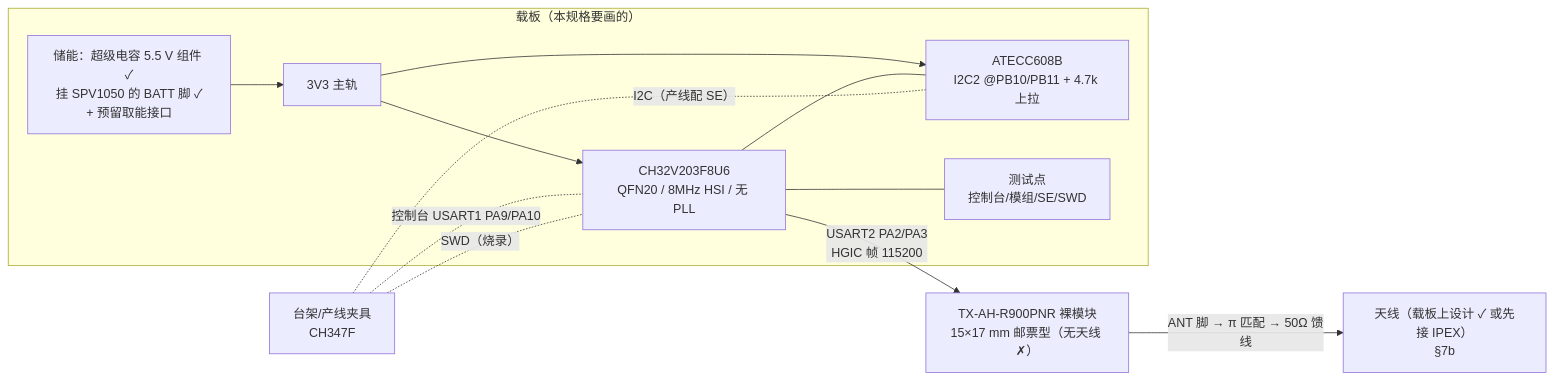
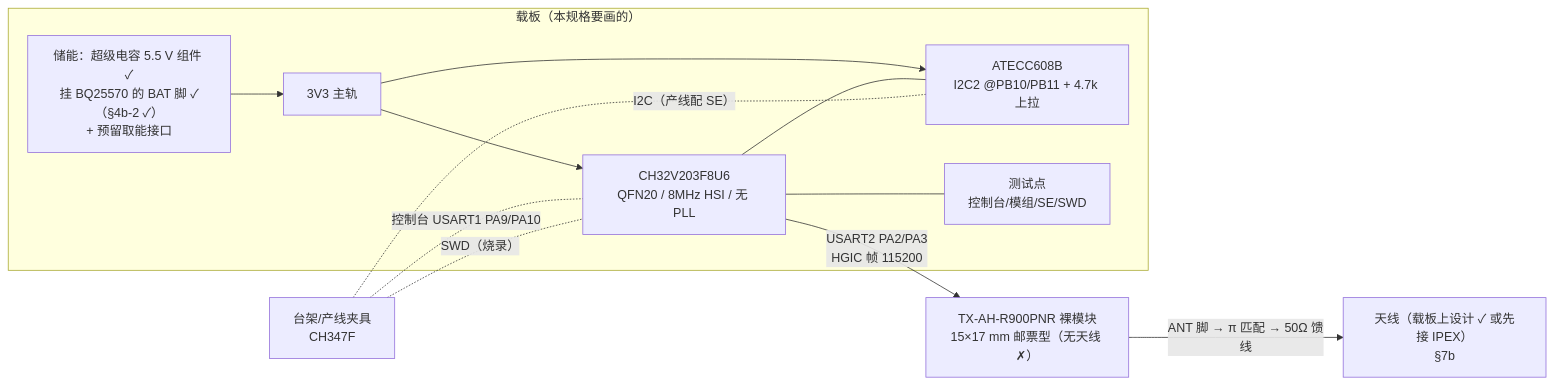
Before and after one commit to Orpah/orpah-client-demo: the first of 3 diagrams in docs/carrier-board-spec.md, drawn with Mermaid. The commit also changed other lines of this file and 5 other files, not shown here.

First line of the commit message:
docs(carrier): F-11 操作单 + 载板连接表（原理图内容）+ SPV1050 口径统一到 BQ25570

````diff
--- a/docs/carrier-board-spec.md
+++ b/docs/carrier-board-spec.md
@@ -39,23 +39,23 @@
 ```mermaid
 graph LR
   subgraph 载板["载板（本规格要画的）"]
-    BAT["储能：超级电容 5.5 V 组件 ✓<br/>挂 SPV1050 的 BATT 脚 ✓<br/>+ 预留取能接口"]
+    BAT["储能：超级电容 5.5 V 组件 ✓<br/>挂 BQ25570 的 BAT 脚 ✓（§4b-2 ✓）<br/>+ 预留取能接口"]
     RAIL["3V3 主轨"]
     MCU["CH32V203F8U6<br/>QFN20 / 8MHz HSI / 无 PLL"]
     SE["ATECC608B<br/>I2C2 @PB10/PB11 + 4.7k 上拉"]
     TP["测试点<br/>控制台/模组/SE/SWD"]
     BAT --> RAIL
     RAIL --> MCU
     RAIL --> SE
     MCU --- SE
     MCU --- TP
   end
   MOD["TX-AH-R900PNR 裸模块<br/>15×17 mm 邮票型（无天线 ✗）"]
   ANT["天线（载板上设计 ✓ 或先接 IPEX）<br/>§7b"]
   PC["台架/产线夹具<br/>CH347F"]
   MCU -- "USART2 PA2/PA3<br/>HGIC 帧 115200" --> MOD
   MOD -- "ANT 脚 → π 匹配 → 50Ω 馈线" --> ANT
   PC -. "控制台 USART1 PA9/PA10" .- MCU
   PC -. "I2C（产线配 SE）" .- SE
   PC -. "SWD（烧录）" .- MCU
 ```
````
